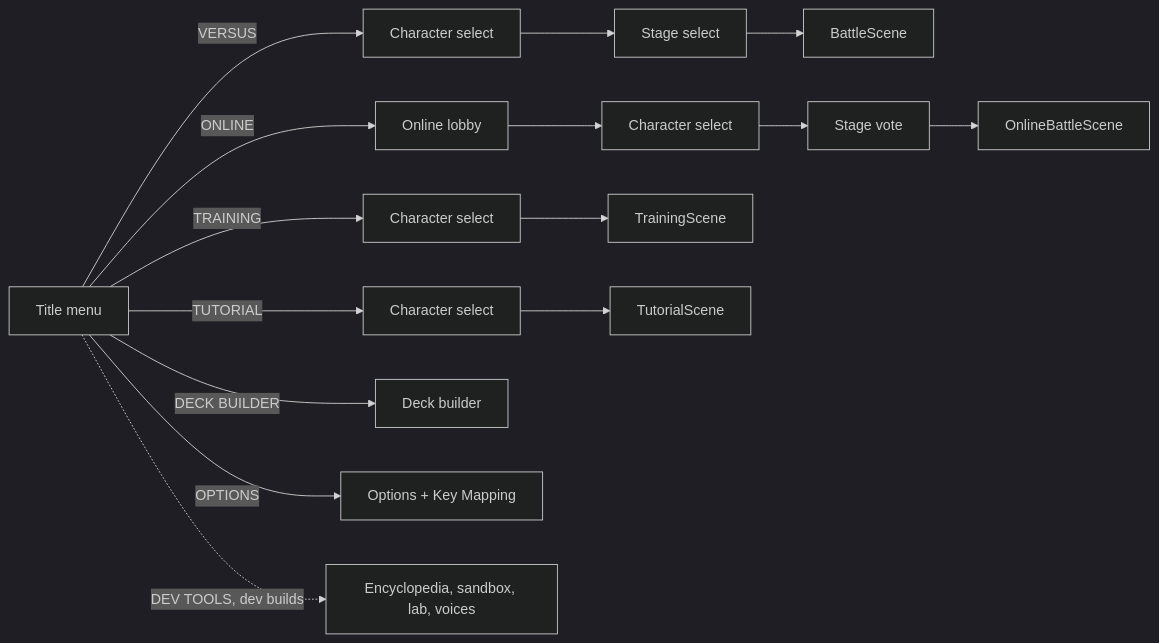
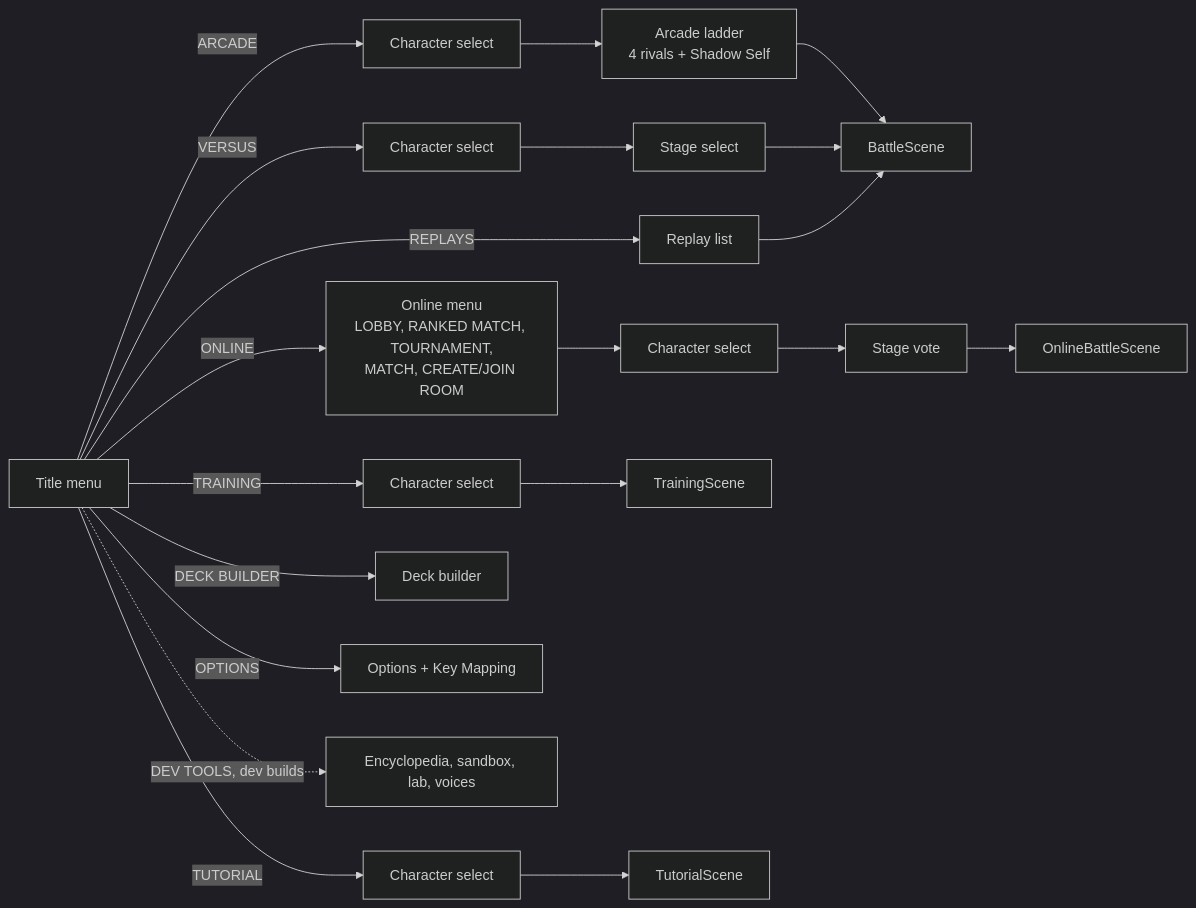
The ninth of 11 diagrams in docs/ARCHITECTURE.md (WesleyT4N/spell-vs-steel), drawn with Mermaid (dark theme) before and after one commit. The commit also changed other lines of this file, not shown here.

First line of the commit message:
Refresh architecture doc for main 36deaa9: online services, replays, CI, arcade

````diff
--- a/docs/ARCHITECTURE.md
+++ b/docs/ARCHITECTURE.md
@@ -225,11 +254,13 @@
 ```mermaid
 flowchart LR
   title[Title menu]
+  title -- ARCADE --> cs0[Character select] --> ar["Arcade ladder<br/>4 rivals + Shadow Self"] --> bs
   title -- VERSUS --> cs1[Character select] --> ss1[Stage select] --> bs[BattleScene]
-  title -- ONLINE --> lobby[Online lobby] --> cs2[Character select] --> ss2[Stage vote] --> ob[OnlineBattleScene]
+  title -- ONLINE --> om["Online menu<br/>LOBBY, RANKED MATCH, TOURNAMENT,<br/>MATCH, CREATE/JOIN ROOM"] --> cs2[Character select] --> ss2[Stage vote] --> ob[OnlineBattleScene]
+  title -- REPLAYS --> rp[Replay list] --> bs
   title -- TRAINING --> cs3[Character select] --> tr[TrainingScene]
   title -- TUTORIAL --> cs4[Character select] --> tu[TutorialScene]
   title -- DECK BUILDER --> db[Deck builder]
   title -- OPTIONS --> op[Options + Key Mapping]
   title -. DEV TOOLS, dev builds .-> dev[Encyclopedia, sandbox, lab, voices]
 ```
````
